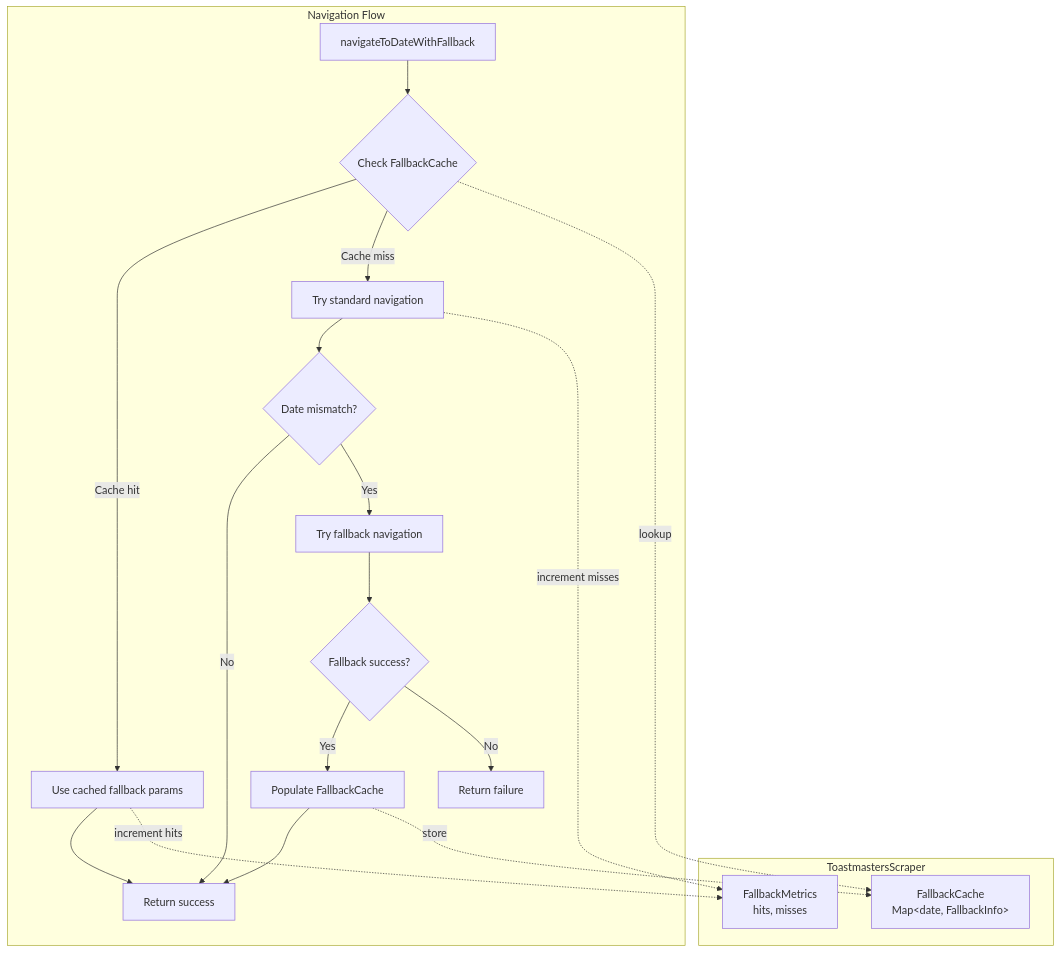
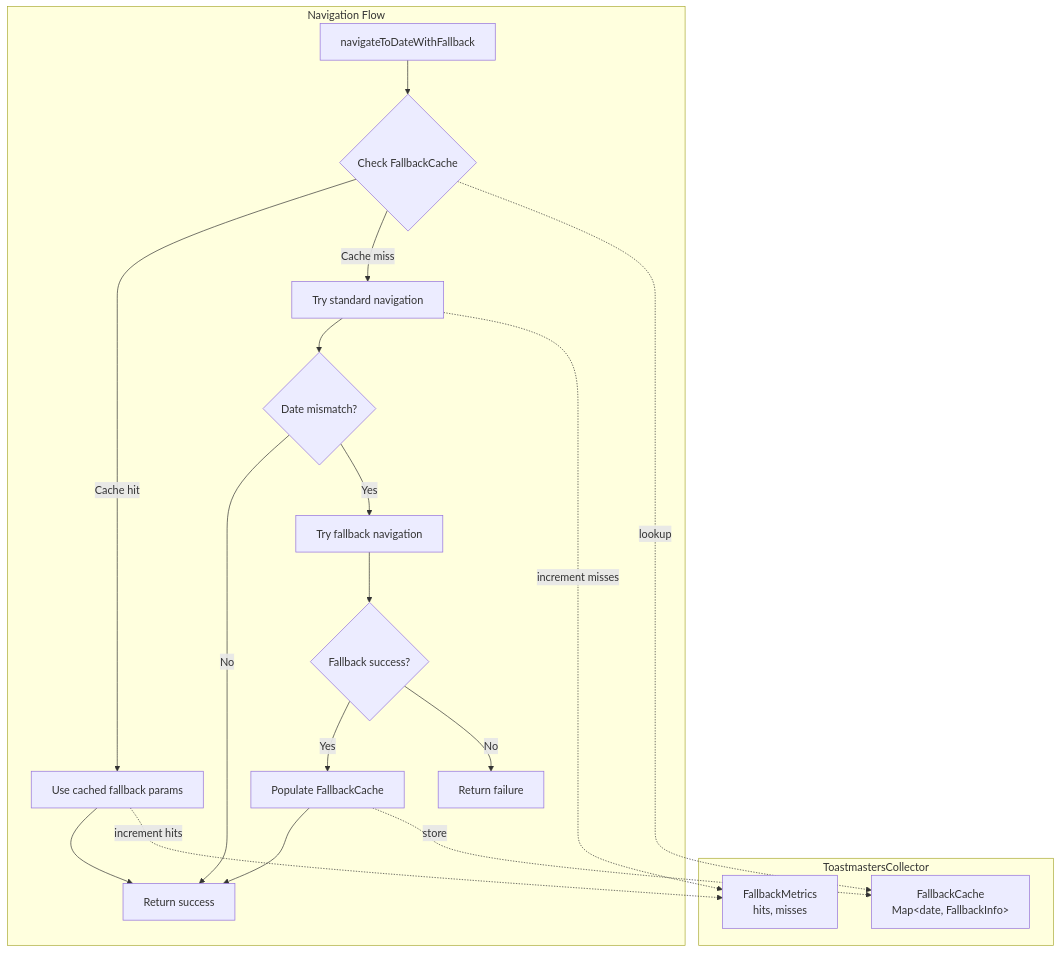
Before and after one commit to rservant/toast-stats: the diagram in .kiro/specs-archive/closing-period-fallback-cache/design.md, drawn with Mermaid. The commit also changed other lines of this file and 267 other files, not shown here.

First line of the commit message:
refactor: rename scraper-cli to collector-cli across the codebase (#99)

````diff
--- a/.kiro/specs-archive/closing-period-fallback-cache/design.md
+++ b/.kiro/specs-archive/closing-period-fallback-cache/design.md
@@ -11,37 +11,37 @@
 ```mermaid
 flowchart TD
-    subgraph ToastmastersScraper
+    subgraph ToastmastersCollector
         FC[FallbackCache<br/>Map&lt;date, FallbackInfo&gt;]
         FM[FallbackMetrics<br/>hits, misses]
     end
 
     subgraph Navigation Flow
         N1[navigateToDateWithFallback]
         N2{Check FallbackCache}
         N3[Use cached fallback params]
         N4[Try standard navigation]
         N5{Date mismatch?}
         N6[Try fallback navigation]
         N7{Fallback success?}
         N8[Populate FallbackCache]
         N9[Return success]
         N10[Return failure]
     end
 
     N1 --> N2
     N2 -->|Cache hit| N3
     N2 -->|Cache miss| N4
     N3 --> N9
     N4 --> N5
     N5 -->|No| N9
     N5 -->|Yes| N6
     N6 --> N7
     N7 -->|Yes| N8
     N7 -->|No| N10
     N8 --> N9
 
     N2 -.->|lookup| FC
     N3 -.->|increment hits| FM
     N4 -.->|increment misses| FM
     N8 -.->|store| FC
 ```
````
